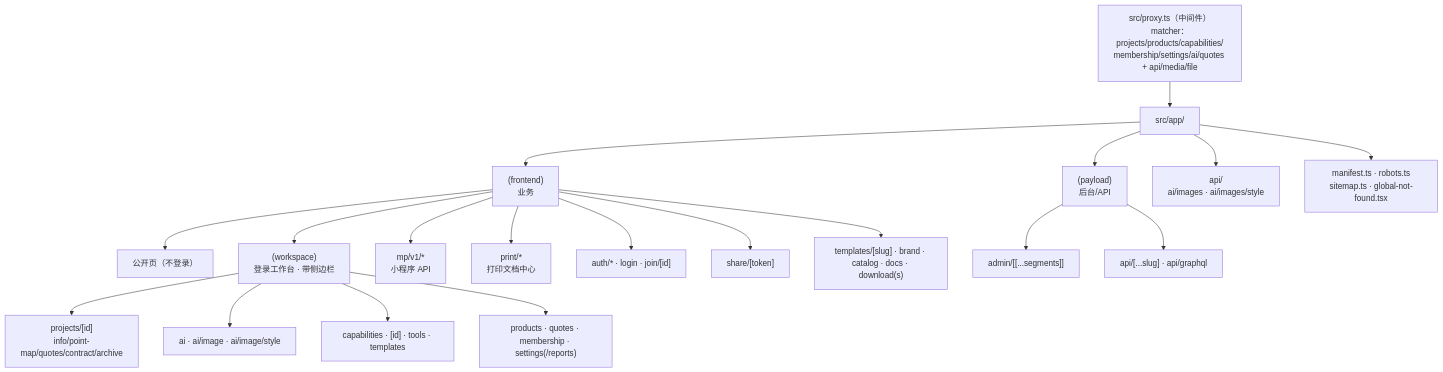
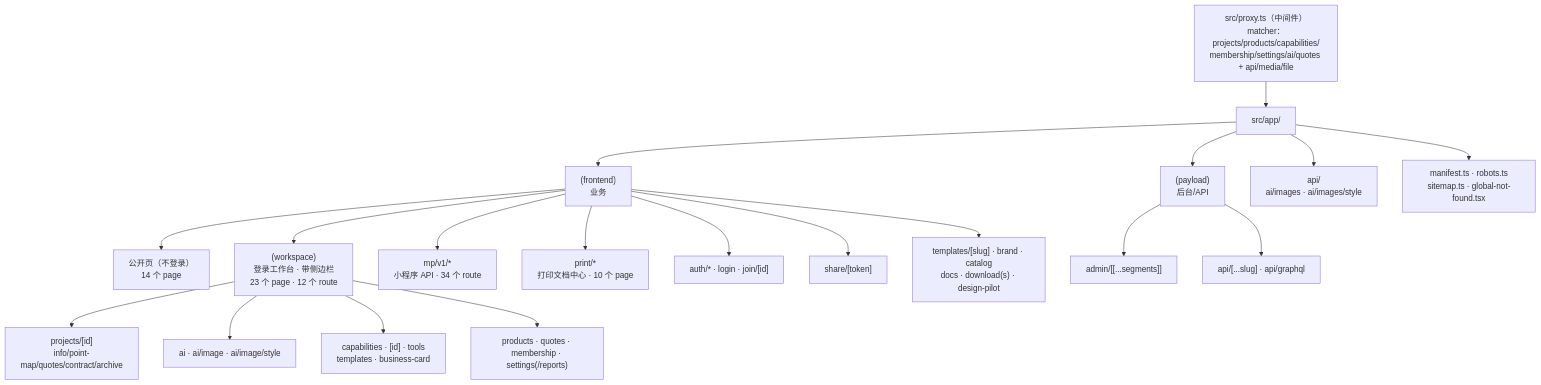
One commit to Nooonnneee/fmkj-figma-smart-design changed the second of 7 diagrams in ARCHITECTURE-MAP.md. Above: the diagram before and after it, drawn with Mermaid. The commit also changed other lines of this file, not shown here.

First line of the commit message:
docs: 架构图基线前移到 201ee8b 并修正 10→10 插件等实测偏差

````diff
--- a/ARCHITECTURE-MAP.md
+++ b/ARCHITECTURE-MAP.md
@@ -172,28 +186,28 @@
 ```mermaid
 flowchart TB
   PROXY["src/proxy.ts（中间件）<br/>matcher：projects/products/capabilities/<br/>membership/settings/ai/quotes + api/media/file"]
   ROOT["src/app/"]
 
   PROXY --> ROOT
 
   ROOT --> FE["(frontend)<br/>业务"]
   ROOT --> PY["(payload)<br/>后台/API"]
   ROOT --> TOPAPI["api/<br/>ai/images · ai/images/style"]
   ROOT --> META["manifest.ts · robots.ts<br/>sitemap.ts · global-not-found.tsx"]
 
-  FE --> PUBLIC["公开页（不登录）"]
-  FE --> WS["(workspace)<br/>登录工作台 · 带侧边栏"]
-  FE --> MP["mp/v1/*<br/>小程序 API"]
-  FE --> PRINT["print/*<br/>打印文档中心"]
+  FE --> PUBLIC["公开页（不登录）<br/>14 个 page"]
+  FE --> WS["(workspace)<br/>登录工作台 · 带侧边栏<br/>23 个 page · 12 个 route"]
+  FE --> MP["mp/v1/*<br/>小程序 API · 34 个 route"]
+  FE --> PRINT["print/*<br/>打印文档中心 · 10 个 page"]
   FE --> AUTH["auth/* · login · join/[id]"]
   FE --> SHARE["share/[token]"]
-  FE --> TPL["templates/[slug] · brand · catalog · docs · download(s)"]
+  FE --> TPL["templates/[slug] · brand · catalog<br/>docs · download(s) · design-pilot"]
 
   WS --> CORE["projects/[id]<br/>info/point-map/quotes/contract/archive"]
   WS --> AI["ai · ai/image · ai/image/style"]
-  WS --> CAP["capabilities · [id] · tools · templates"]
+  WS --> CAP["capabilities · [id] · tools<br/>templates · business-card"]
   WS --> MISC["products · quotes · membership · settings(/reports)"]
 
   PY --> ADMIN["admin/[[...segments]]"]
   PY --> API["api/[...slug] · api/graphql"]
 ```
````
